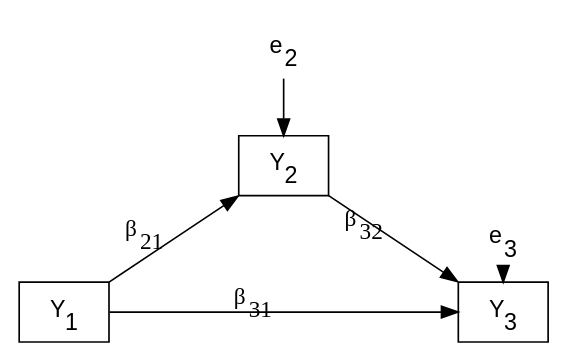
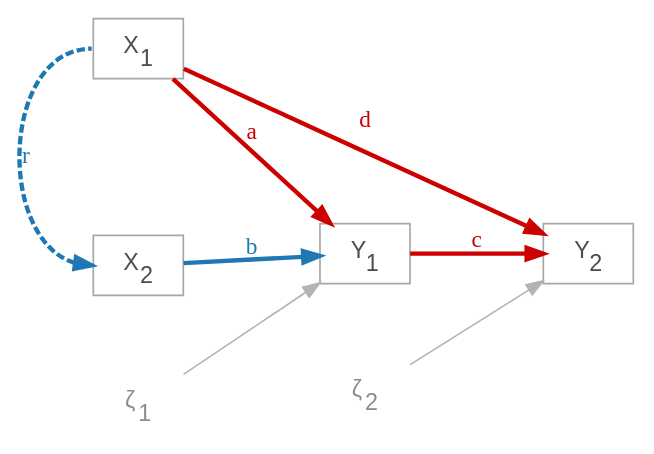
Before and after one commit to pennekampster/Swiss_SEM: diagram 18 of 26 in 5_Slides/Intro_to_SEM_part1.qmd, drawn with Graphviz. The commit also changed other lines of this file and 5 other files, not shown here.

````diff
--- a/5_Slides/Intro_to_SEM_part1.qmd
+++ b/5_Slides/Intro_to_SEM_part1.qmd
@@ -1181,30 +1045,21 @@
 ```{dot}
-//| fig-width: 6
-//| fig-height: 3
-
+//| fig-width: 6.0
+//| fig-height: 2.6
 digraph {
-
-  # graph statement
-  graph [overlap = false, fontsize = 10, layout = neato, ranksep=1.5]
-
-  # node statements with explicit positions
-  node [shape = box, fontname = Helvetica]
-  Y1 [label = <Y<SUB>1</SUB>>, pos = "0,0!"]
-  Y2 [label = <Y<SUB>2</SUB>>, pos = "1.5,1!"]
-  Y3 [label = <Y<SUB>3</SUB>>, pos = "3.0,0!"]
-  
-  # error terms
-  node [shape = plaintext, fontname = Helvetica]
-  e2 [label = <e<SUB>2</SUB>>, pos = "1.5,1.8!"]
-  e3 [label = <e<SUB>3</SUB>>, pos = "3,0.5!"]
-
-  # edge statements - causal paths
-  Y1 -> Y2 [label = <β<SUB>21</SUB>>]
-  Y2 -> Y3 [label = <β<SUB>32</SUB>>]
-  Y1 -> Y3 [label = <β<SUB>31</SUB>>]
-  
-  # error terms
-  e2 -> Y2:n
-  e3 -> Y3:n
+  graph [rankdir = LR, fontsize = 14, ranksep = 1.0, nodesep = 0.65]
+  node [shape = box, fontname = Helvetica, color = "gray65", fontcolor = "gray30"]
+  X1 [label = <X<SUB>1</SUB>>]; X2 [label = <X<SUB>2</SUB>>]
+  Y1 [label = <Y<SUB>1</SUB>>]; Y2 [label = <Y<SUB>2</SUB>>]
+  node [shape = plaintext, color = "gray65", fontcolor = "gray55"]
+  z1 [label = <&zeta;<SUB>1</SUB>>]; z2 [label = <&zeta;<SUB>2</SUB>>]
+  edge [color = "gray70", fontcolor = "gray55"]
+  X1 -> Y1 [label = "a", color = "#cc0000", penwidth = 2.6, fontcolor = "#cc0000"]
+  Y1 -> Y2 [label = "c", color = "#cc0000", penwidth = 2.6, fontcolor = "#cc0000"]
+  X1 -> Y2 [label = "d", color = "#cc0000", penwidth = 2.6, fontcolor = "#cc0000"]
+  X1:w -> X2:w [dir = both, constraint = false, label = "r", color = "#1f77b4", penwidth = 2.6, fontcolor = "#1f77b4", style = dashed]
+  X2 -> Y1 [label = "b", color = "#1f77b4", penwidth = 2.6, fontcolor = "#1f77b4"]
+  z1 -> Y1; z2 -> Y2
+  {rank = min; X1; X2}
+  {rank = max; Y2}
 }
 ```
````
